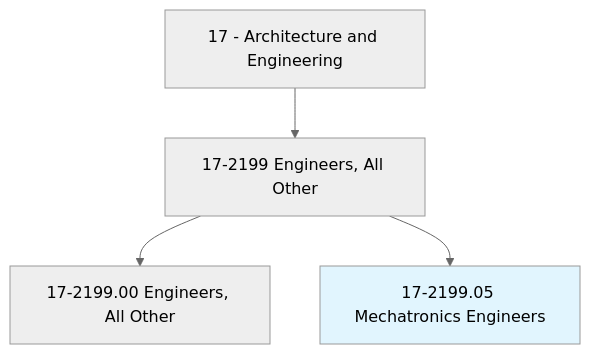
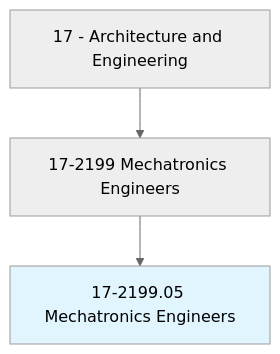
The first of 4 diagrams in occupations/Architecture/MechatronicsEngineers.mdx (kziemski/business.org.ai), drawn with Mermaid (neutral theme) before and after one commit. The commit also changed other lines of this file and 938 other files, not shown here.

````diff
--- a/occupations/Architecture/MechatronicsEngineers.mdx
+++ b/occupations/Architecture/MechatronicsEngineers.mdx
@@ -19,7 +23,6 @@
 ```mermaid
 graph TD
-    Cat17["17 - Architecture and Engineering"] --> Group172199["17-2199 Engineers, All Other"]
-    Group172199 --> Base["17-2199.00 Engineers, All Other"]
+    Cat17["17 - Architecture and Engineering"] --> Group172199["17-2199 Mechatronics Engineers"]
     Group172199 --> Current["17-2199.05 Mechatronics Engineers"]
     style Current fill:#e1f5fe
 ```
````
